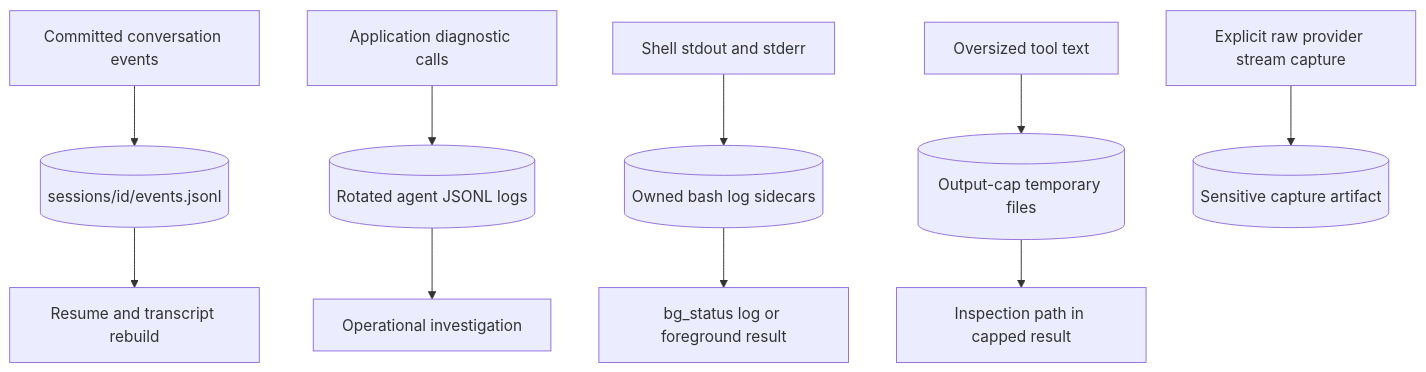
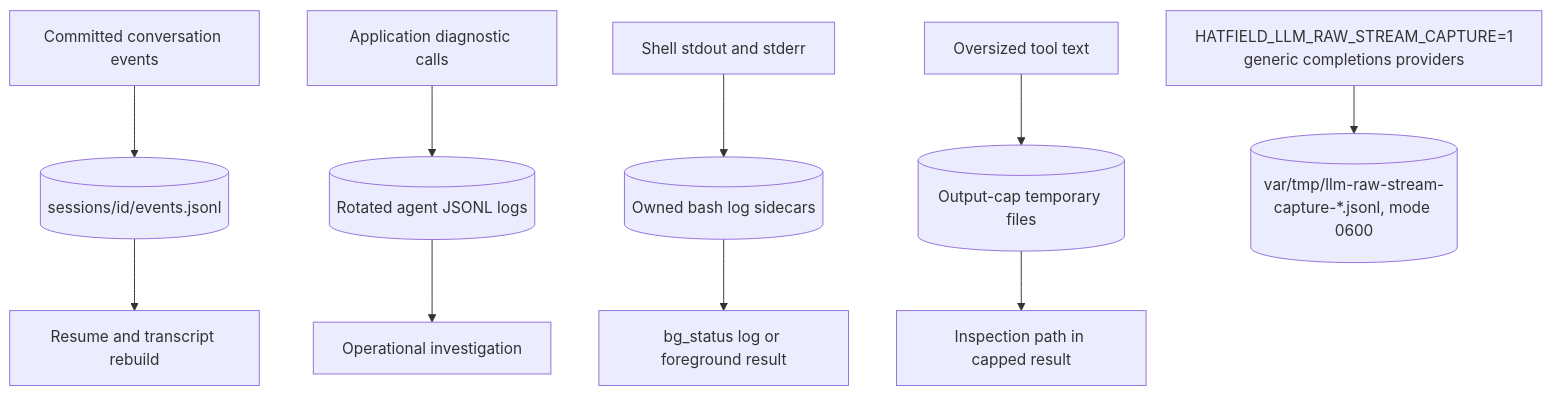
Before and after one commit to ineersa/agent-core: the sixth of 6 diagrams in architecture/logging.md, drawn with Mermaid. The commit also changed other lines of this file and 86 other files, not shown here.

First line of the commit message:
Fix documentation drift and expand architecture diagrams

````diff
--- a/architecture/logging.md
+++ b/architecture/logging.md
@@ -170,12 +203,12 @@
 ```mermaid
 flowchart TB
     Conversation[Committed conversation events] --> Canonical[(sessions/id/events.jsonl)]
     Diagnostic[Application diagnostic calls] --> Logs[(Rotated agent JSONL logs)]
     Bash[Shell stdout and stderr] --> BG[(Owned bash log sidecars)]
     Cap[Oversized tool text] --> Temp[(Output-cap temporary files)]
-    Capture[Explicit raw provider stream capture] --> Sensitive[(Sensitive capture artifact)]
+    Capture["HATFIELD_LLM_RAW_STREAM_CAPTURE=1<br/>generic completions providers"] --> Sensitive[("var/tmp/llm-raw-stream-capture-*.jsonl, mode 0600")]
     Canonical --> Replay[Resume and transcript rebuild]
     Logs --> Investigate[Operational investigation]
     BG --> ToolRead[bg_status log or foreground result]
     Temp --> Notice[Inspection path in capped result]
 ```
````
